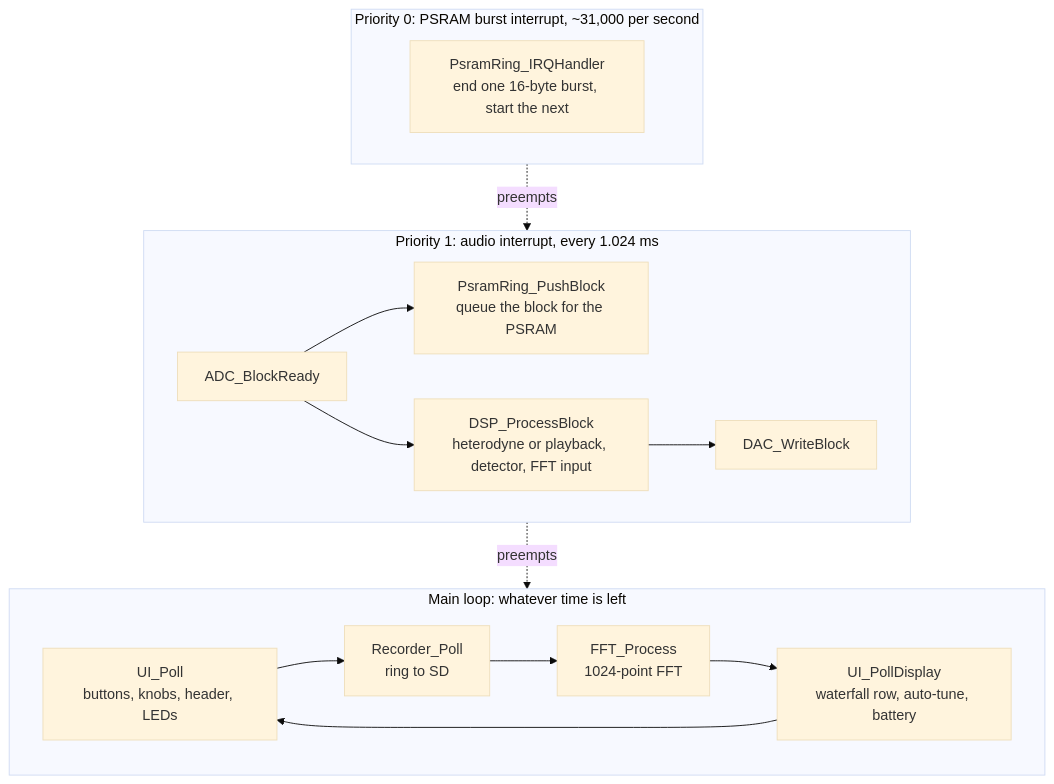
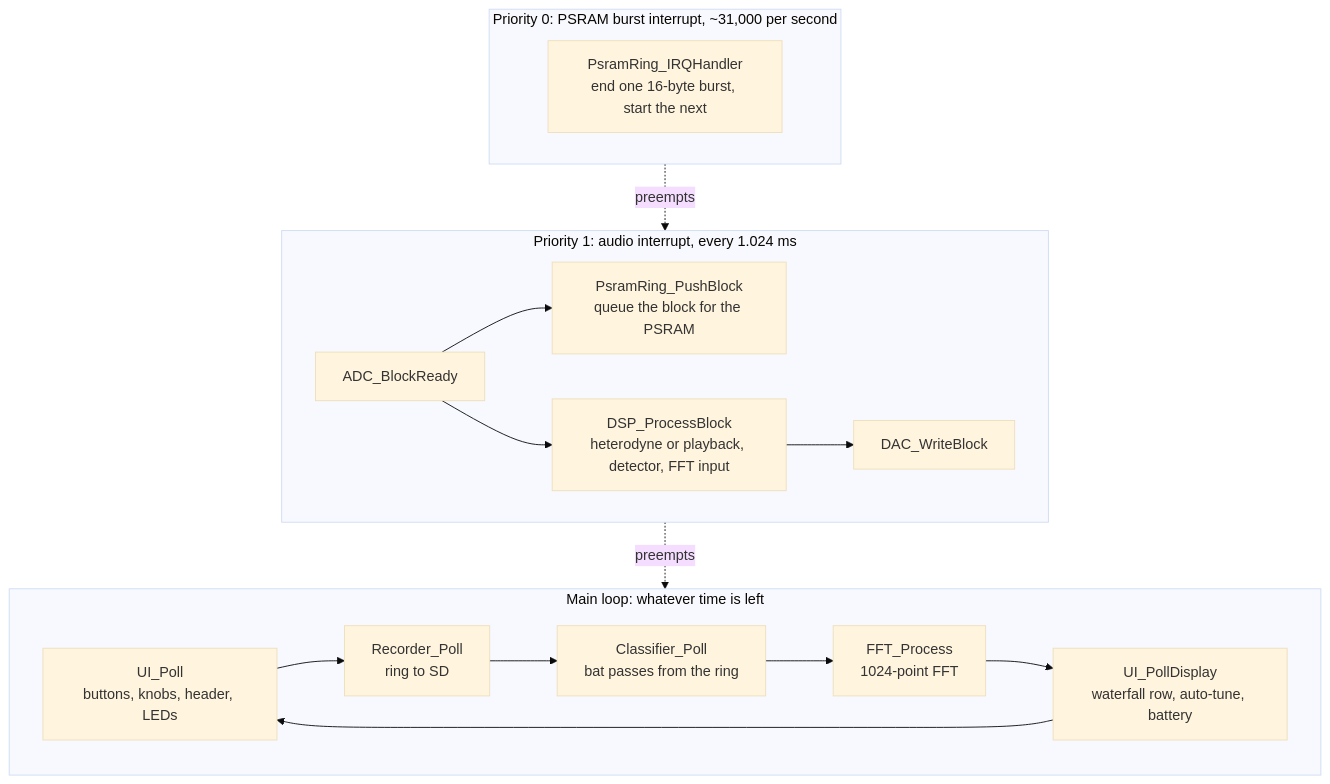
One commit to Furrah/Bat_detector_FW changed the second of 16 diagrams in Docs/HOW_IT_WORKS.md. Above: the diagram before and after it, drawn with Mermaid (base theme). The commit also changed other lines of this file and 29 other files, not shown here.

````diff
--- a/Docs/HOW_IT_WORKS.md
+++ b/Docs/HOW_IT_WORKS.md
@@ -42,19 +43,20 @@
 ```mermaid
 flowchart TB
     subgraph ISR0["Priority 0: PSRAM burst interrupt, ~31,000 per second"]
         R["PsramRing_IRQHandler<br/>end one 16-byte burst, start the next"]
     end
     subgraph ISR1["Priority 1: audio interrupt, every 1.024 ms"]
         A["ADC_BlockReady"] --> P["PsramRing_PushBlock<br/>queue the block for the PSRAM"]
         A --> D["DSP_ProcessBlock<br/>heterodyne or playback, detector, FFT input"]
         D --> W["DAC_WriteBlock"]
     end
     subgraph LOOP["Main loop: whatever time is left"]
         U["UI_Poll<br/>buttons, knobs, header, LEDs"] --> RP["Recorder_Poll<br/>ring to SD"]
-        RP --> F["FFT_Process<br/>1024-point FFT"]
+        RP --> CP["Classifier_Poll<br/>bat passes from the ring"]
+        CP --> F["FFT_Process<br/>1024-point FFT"]
         F --> UD["UI_PollDisplay<br/>waterfall row, auto-tune, battery"]
         UD --> U
     end
     ISR0 -. "preempts" .-> ISR1
     ISR1 -. "preempts" .-> LOOP
 ```
````
